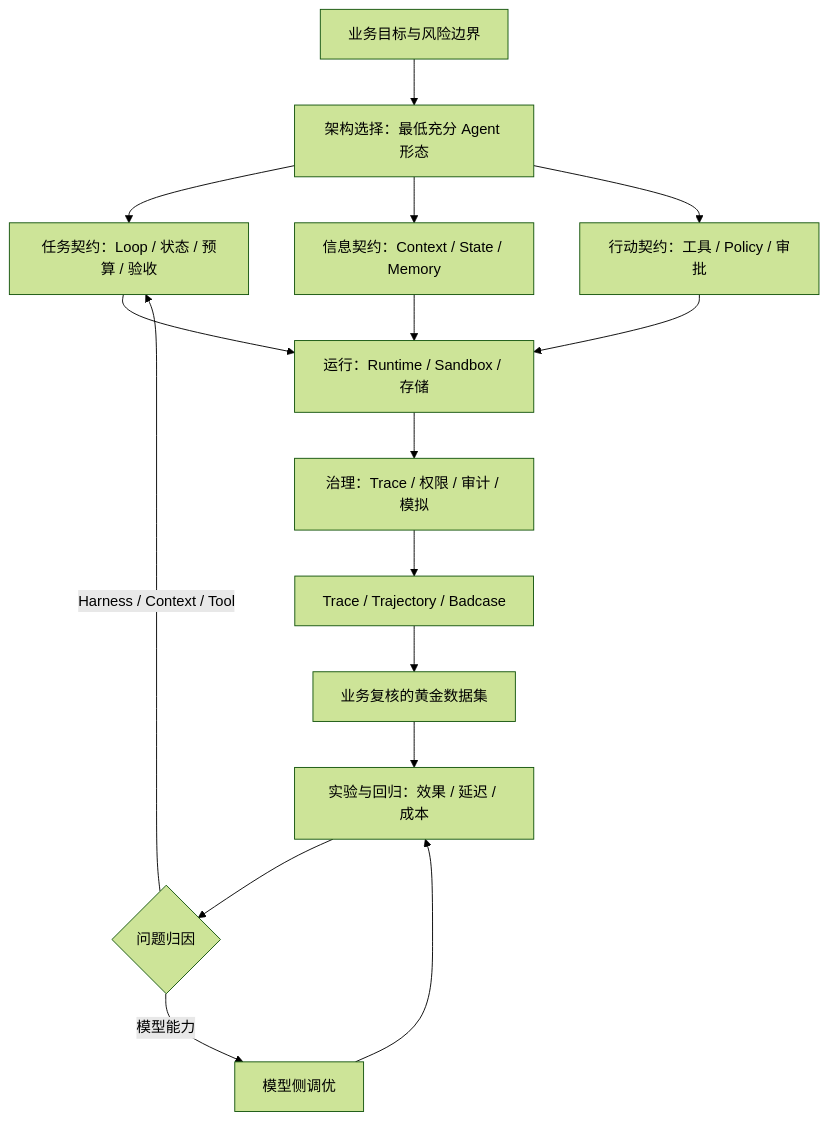
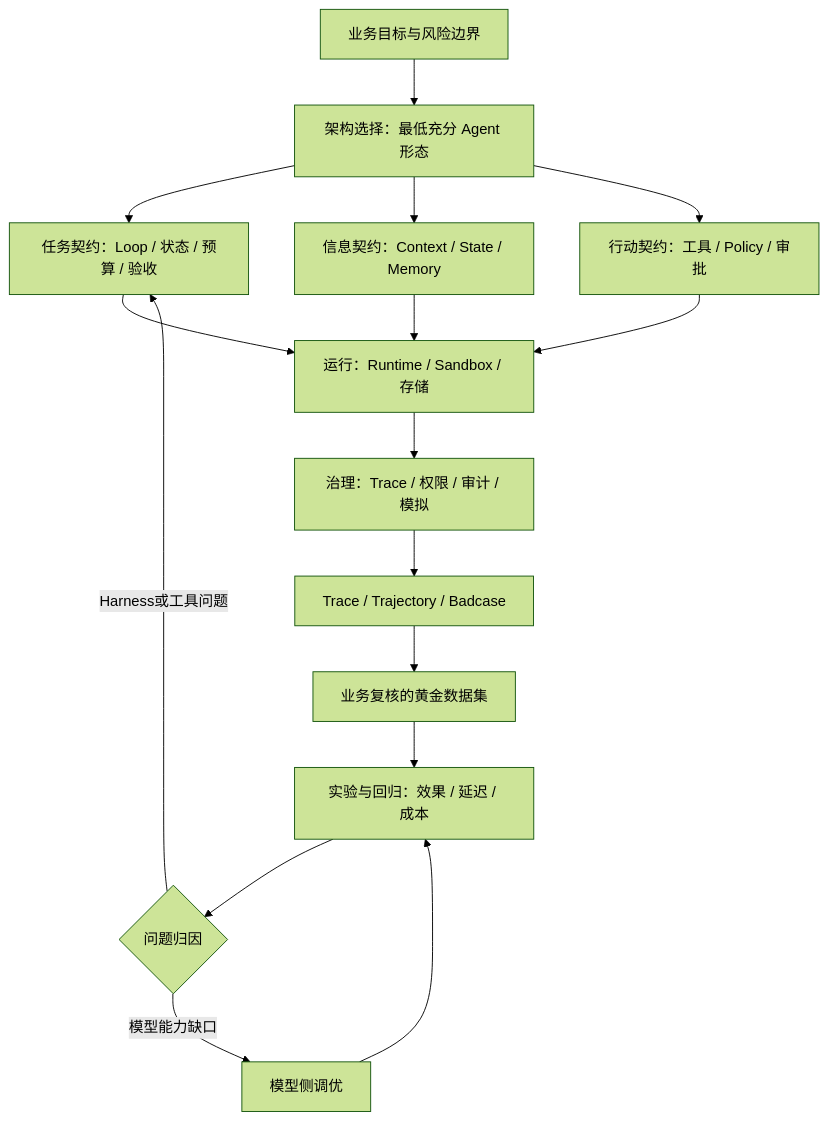
Before and after one commit to ImChong/Robotics_Notebooks: the diagram in wiki/entities/aliyun-ai-agent-handbook.md, drawn with Mermaid (forest theme).

Commit message:
[2026-11-11] ingest | wiki/entities/aliyun-ai-agent-handbook.md — 简化 Mermaid 分支标签以确保兼容

````diff
--- a/wiki/entities/aliyun-ai-agent-handbook.md
+++ b/wiki/entities/aliyun-ai-agent-handbook.md
@@ -69,18 +69,18 @@
 ```mermaid
 flowchart TB
   Goal["业务目标与风险边界"] --> Arch["架构选择：最低充分 Agent 形态"]
   Arch --> Task["任务契约：Loop / 状态 / 预算 / 验收"]
   Arch --> Info["信息契约：Context / State / Memory"]
   Arch --> Action["行动契约：工具 / Policy / 审批"]
   Task --> Run["运行：Runtime / Sandbox / 存储"]
   Info --> Run
   Action --> Run
   Run --> Govern["治理：Trace / 权限 / 审计 / 模拟"]
   Govern --> Data["Trace / Trajectory / Badcase"]
   Data --> Gold["业务复核的黄金数据集"]
   Gold --> Eval["实验与回归：效果 / 延迟 / 成本"]
   Eval --> Fix{"问题归因"}
-  Fix -->|"Harness / Context / Tool"| Task
-  Fix -->|"模型能力"| ModelTune["模型侧调优"]
+  Fix -->|Harness或工具问题| Task
+  Fix -->|模型能力缺口| ModelTune["模型侧调优"]
   ModelTune --> Eval
 ```
````
